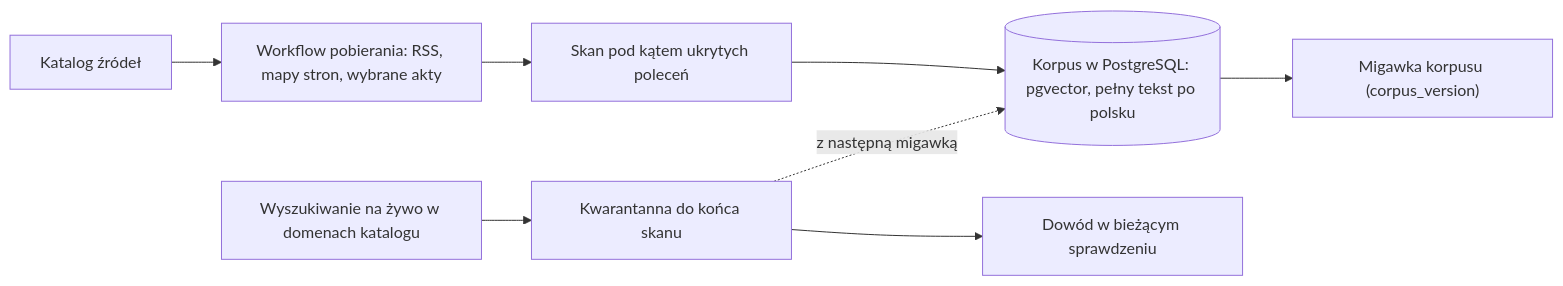
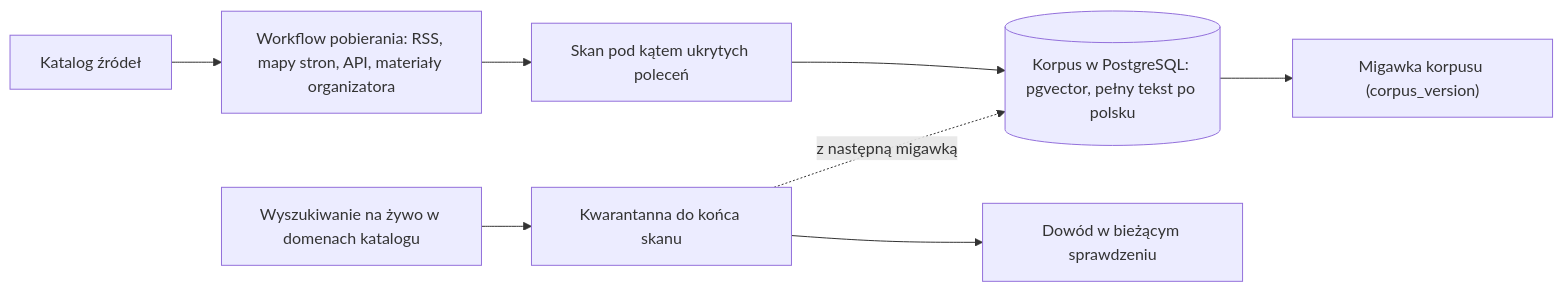
Before and after one commit to Meritum-HackNation2026/meritum-docs: the diagram in docs/jak-dziala/zrodla.md, drawn with Mermaid. The commit also changed other lines of this file and 15 other files, not shown here.

````diff
--- a/docs/jak-dziala/zrodla.md
+++ b/docs/jak-dziala/zrodla.md
@@ -32,10 +41,10 @@
 ```mermaid
 flowchart LR
-  CAT["Katalog źródeł"] --> ING["Workflow pobierania: RSS, mapy stron, wybrane akty"]
+  CAT["Katalog źródeł"] --> ING["Workflow pobierania: RSS, mapy stron, API, materiały organizatora"]
   ING --> SCAN["Skan pod kątem ukrytych poleceń"]
   SCAN --> CORP[("Korpus w PostgreSQL: pgvector, pełny tekst po polsku")]
   CORP --> SNAP["Migawka korpusu (corpus_version)"]
   LIVE["Wyszukiwanie na żywo w domenach katalogu"] --> Q["Kwarantanna do końca skanu"]
   Q --> EV["Dowód w bieżącym sprawdzeniu"]
   Q -.->|z następną migawką| CORP
 ```
````
